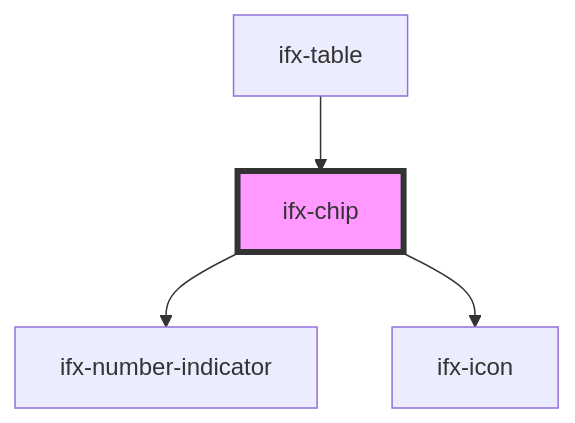
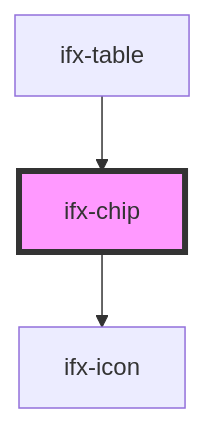
One commit to Infineon/infineon-design-system-stencil changed the diagram in packages/components/src/components/chip/readme.md. Above: the diagram before and after it, drawn with Mermaid. The commit also changed other lines of this file and 25 other files, not shown here.

Commit message:
dissolves and remakes number-indicator into indicator component

````diff
--- a/packages/components/src/components/chip/readme.md
+++ b/packages/components/src/components/chip/readme.md
@@ -39,7 +38,6 @@
 ```mermaid
 graph TD;
-  ifx-chip --> ifx-number-indicator
   ifx-chip --> ifx-icon
   ifx-table --> ifx-chip
   style ifx-chip fill:#f9f,stroke:#333,stroke-width:4px
 ```
````
